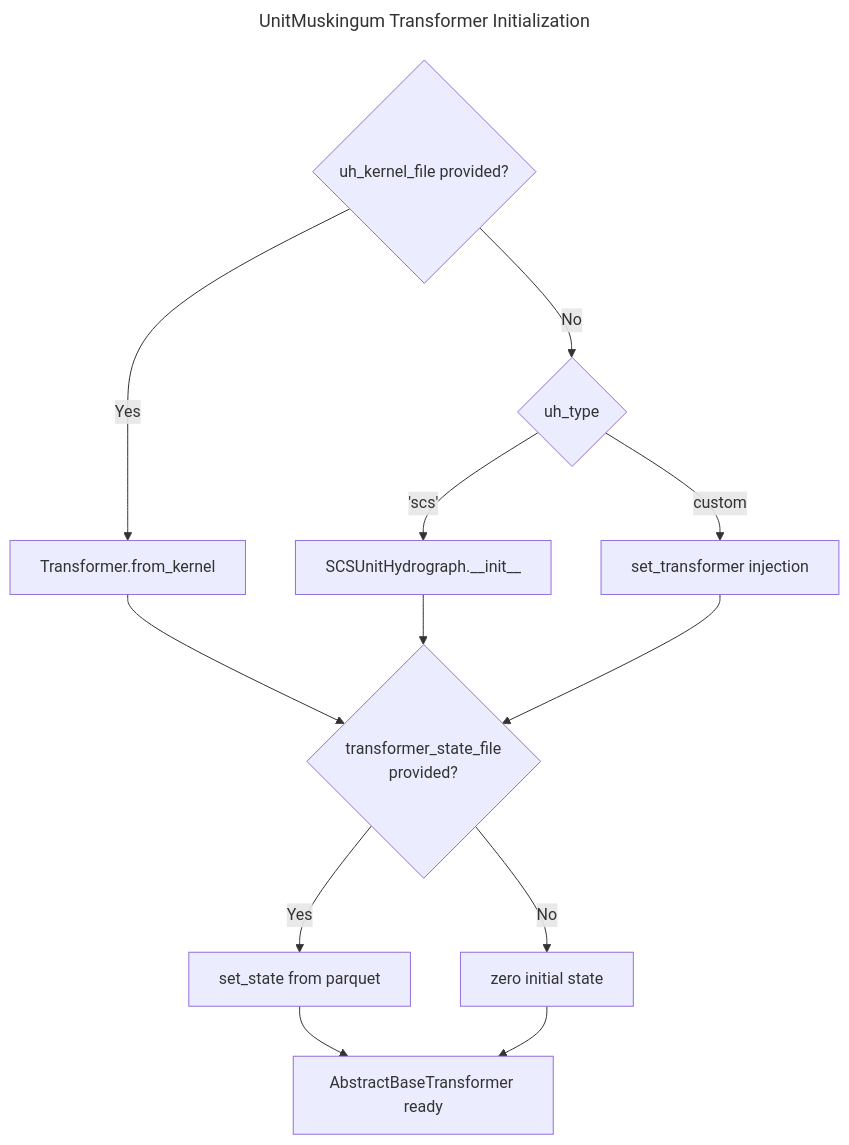
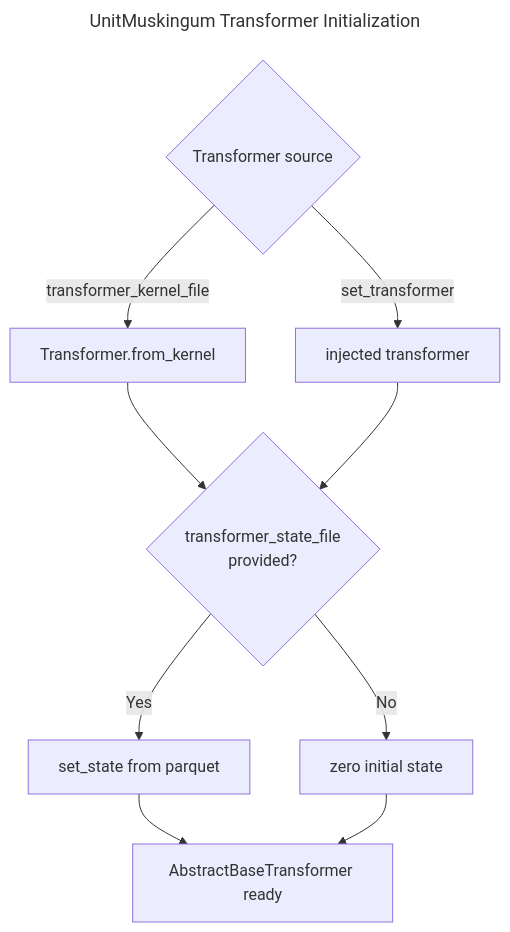
Before and after one commit to rileyhales/river-route: the second of 3 diagrams in docs/index.md, drawn with Mermaid. The commit also changed other lines of this file and 16 other files, not shown here.

````diff
--- a/docs/index.md
+++ b/docs/index.md
@@ -91,16 +91,13 @@
 ```mermaid
 ---
 title: UnitMuskingum Transformer Initialization
 ---
 graph TD
-    A{uh_kernel_file provided?} -->|Yes| B[Transformer.from_kernel]
-    A -->|No| C{uh_type}
-    C -->|'scs'| D[SCSUnitHydrograph.__init__]
-    C -->|custom| E[set_transformer injection]
+    A{Transformer source} -->|transformer_kernel_file| B[Transformer.from_kernel]
+    A -->|set_transformer| E[injected transformer]
     B --> F{transformer_state_file\nprovided?}
-    D --> F
     E --> F
     F -->|Yes| G[set_state from parquet]
     F -->|No| H[zero initial state]
     G & H --> I[AbstractBaseTransformer ready]
 ```
````
